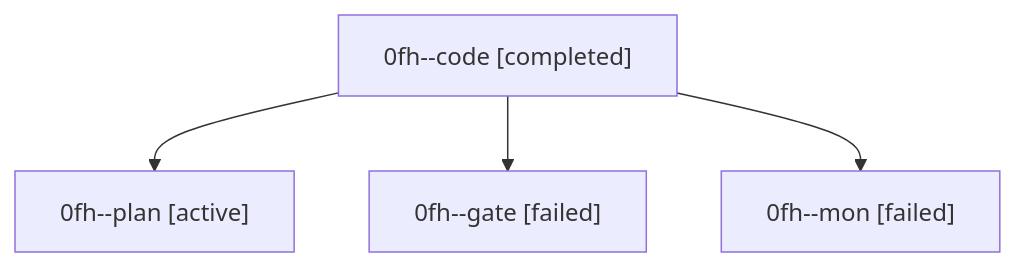
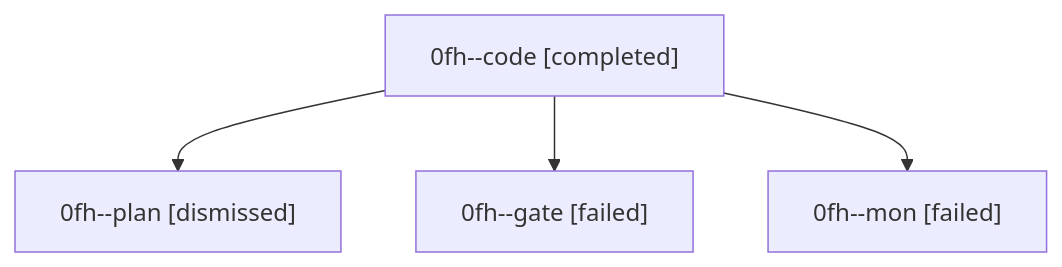
One commit to sase-org/sase--agents changed the diagram in sessions/bbugyi200.athena.0fh.md. Above: the diagram before and after it, drawn with Mermaid. The commit also changed other lines of this file and 28 other files, not shown here.

````diff
--- a/sessions/bbugyi200.athena.0fh.md
+++ b/sessions/bbugyi200.athena.0fh.md
@@ -9,10 +9,10 @@
 ```mermaid
 flowchart TD
   n0["0fh--code [completed]"]
-  n1["0fh--plan [active]"]
+  n1["0fh--plan [dismissed]"]
   n0 --> n1
   n2["0fh--gate [failed]"]
   n0 --> n2
   n3["0fh--mon [failed]"]
   n0 --> n3
 ```
````
